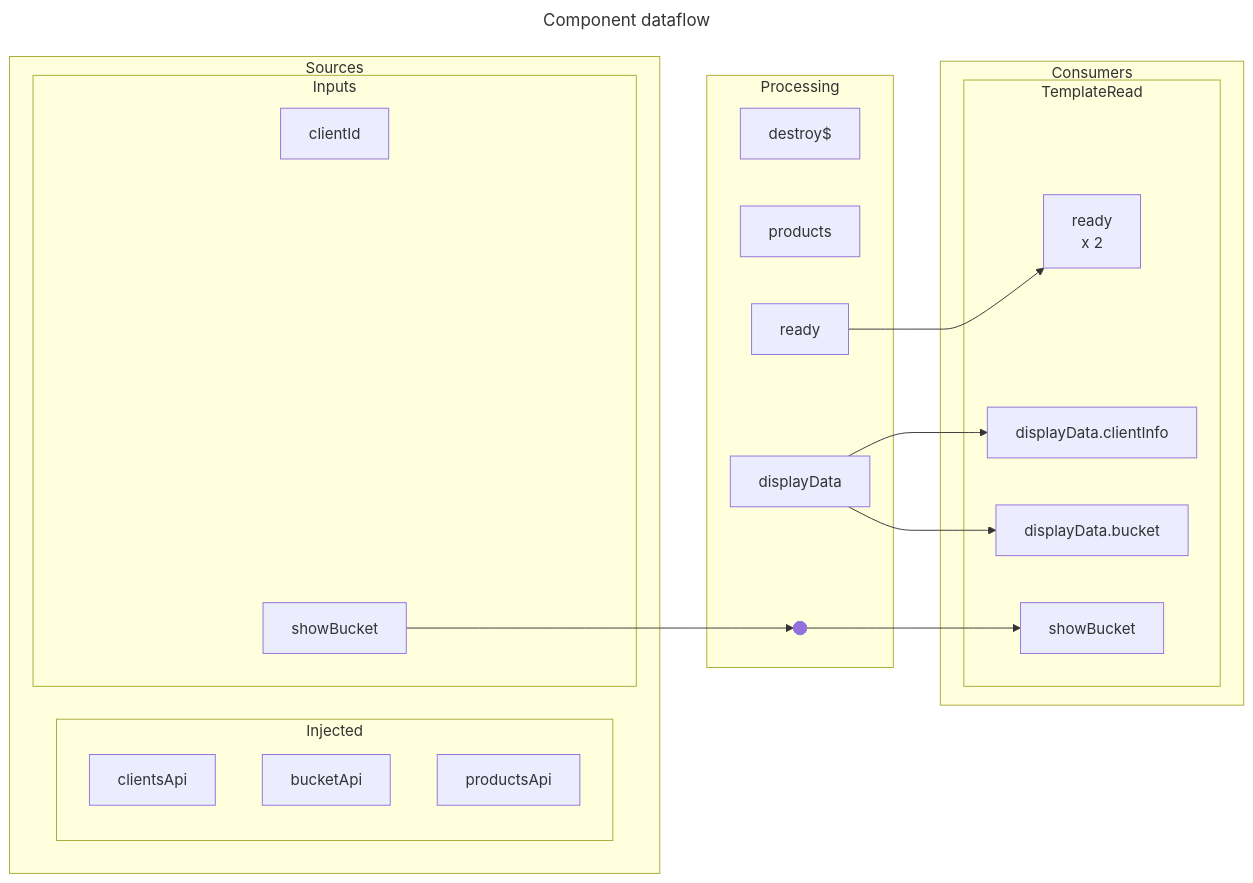
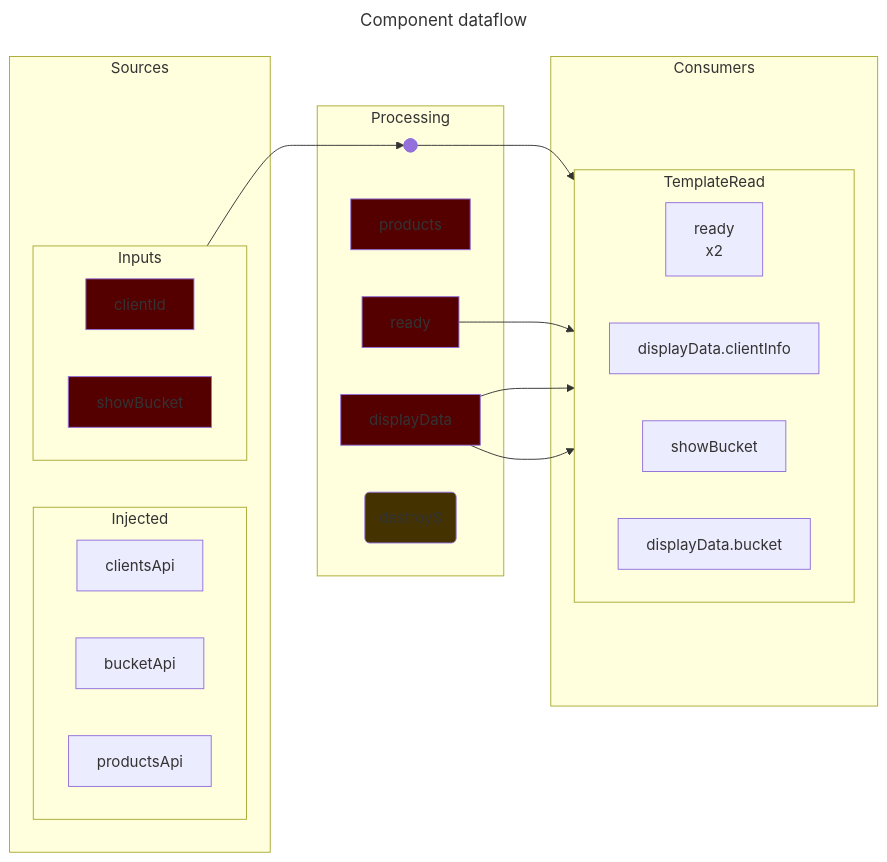
The first of 2 diagrams in src/app/components/optimized/input/input.component.dataflow.md (earthdmitriy/rx-evo), drawn with Mermaid before and after one commit. The commit also changed other lines of this file and 39 other files, not shown here.

Commit message:
updated dataflow diagrams

````diff
--- a/src/app/components/optimized/input/input.component.dataflow.md
+++ b/src/app/components/optimized/input/input.component.dataflow.md
@@ -3,67 +3,76 @@
 ```mermaid
 ---
 title: Component dataflow
 ---
 graph LR
     subgraph Sources
         subgraph Injected
+            direction LR
             Source_clientsApi["
                 clientsApi
             "]
             Source_bucketApi["
                 bucketApi
             "]
             Source_productsApi["
                 productsApi
             "]
         end
         subgraph Inputs
+            direction LR
             Source_clientId["
                 clientId
             "]
             Source_showBucket["
                 showBucket
             "]
         end
     end
     subgraph Processing
-        Processing_destroy$["
+        Processing_destroy$("
             destroy$
-        "]
+        ")
         Processing_products["
             products
         "]
         Processing_ready["
             ready
         "]
         Processing_displayData["
             displayData
         "]
         Processing_showBucket@{ shape: f-circ, label: "Junction" }
     end
     subgraph Consumers
         subgraph TemplateRead
+            direction LR
             Consumer_ready["
                 ready
-x            2
+                x2
             "]
             Consumer_displayData.clientInfo["
                 displayData.clientInfo
             "]
             Consumer_showBucket["
                 showBucket
             "]
             Consumer_displayData.bucket["
                 displayData.bucket
             "]
         end
     end
     Sources ~~~ Processing
     Processing ~~~ Consumers
     Source_showBucket --> Processing_showBucket
     Processing_showBucket --> Consumer_showBucket
     Processing_ready --> Consumer_ready
     Processing_displayData --> Consumer_displayData.clientInfo
     Processing_displayData --> Consumer_displayData.bucket
+    style Source_clientId fill:#500
+    style Source_showBucket fill:#500
+    style Processing_products fill:#500
+    style Processing_ready fill:#500
+    style Processing_displayData fill:#500
+    style Processing_destroy$ fill:#430
 
 ```
````
